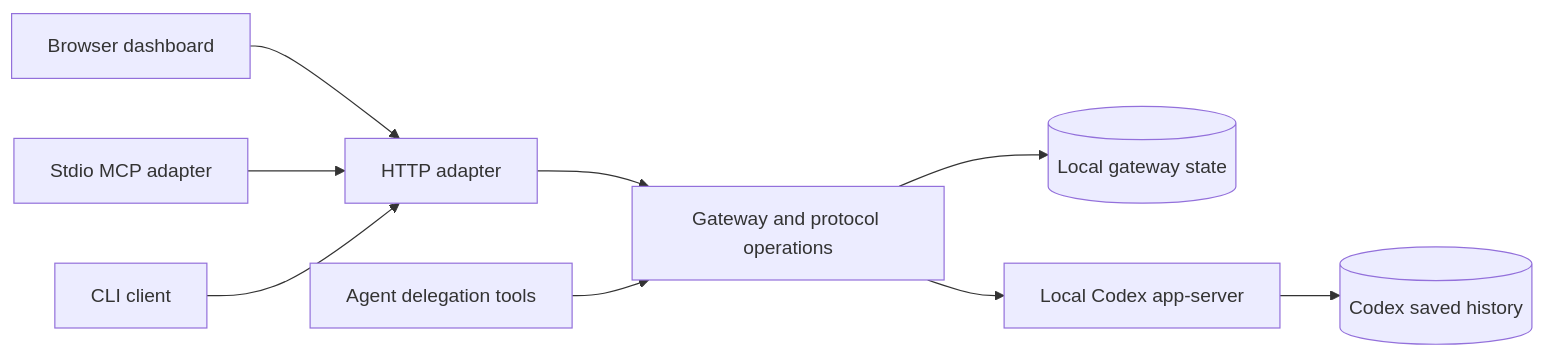
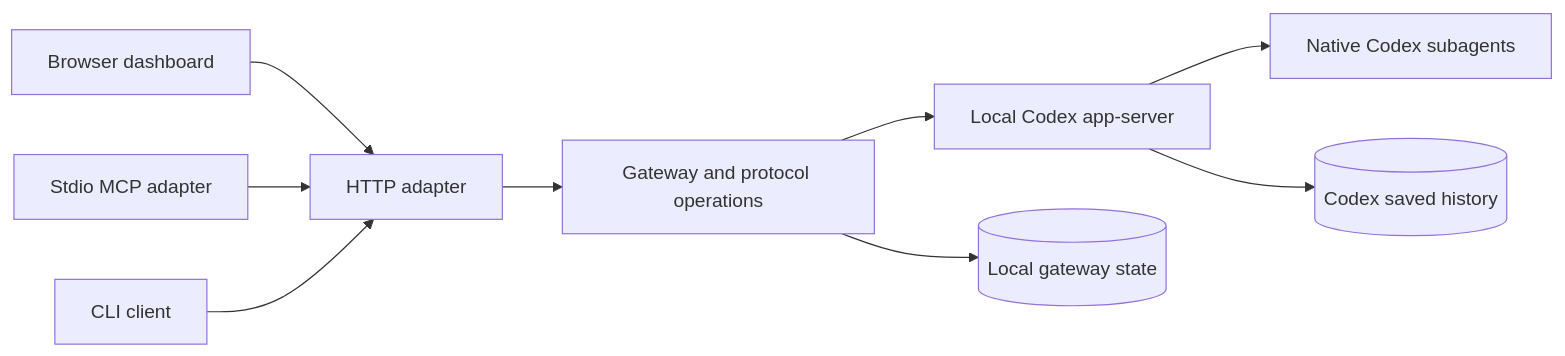
One commit to danielasher115/claudex changed the diagram in docs/architecture.md. Above: the diagram before and after it, drawn with Mermaid. The commit also changed other lines of this file and 33 other files, not shown here.

First line of the commit message:
Polish resource panels and use native Codex delegation

````diff
--- a/docs/architecture.md
+++ b/docs/architecture.md
@@ -6,11 +6,11 @@
 ```mermaid
 flowchart LR
     UI[Browser dashboard] --> HTTP[HTTP adapter]
     MCP[Stdio MCP adapter] --> HTTP
     CLI[CLI client] --> HTTP
     HTTP --> Gateway[Gateway and protocol operations]
-    Native[Agent delegation tools] --> Gateway
+    Codex --> Native[Native Codex subagents]
     Gateway --> State[(Local gateway state)]
     Gateway --> Codex[Local Codex app-server]
     Codex --> History[(Codex saved history)]
 ```
````
